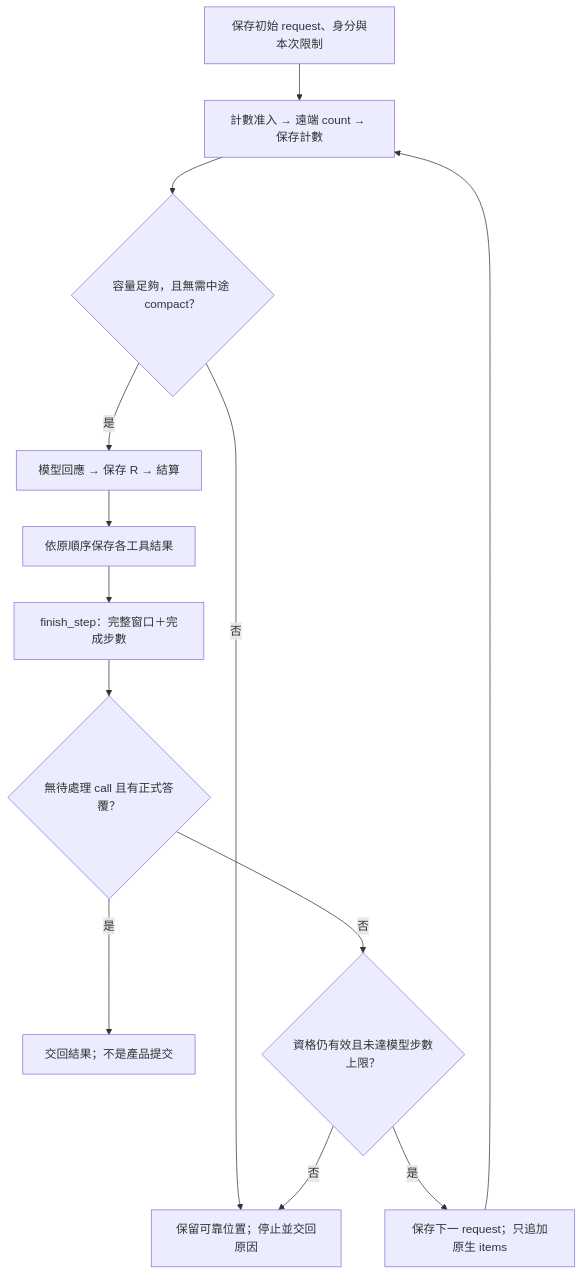
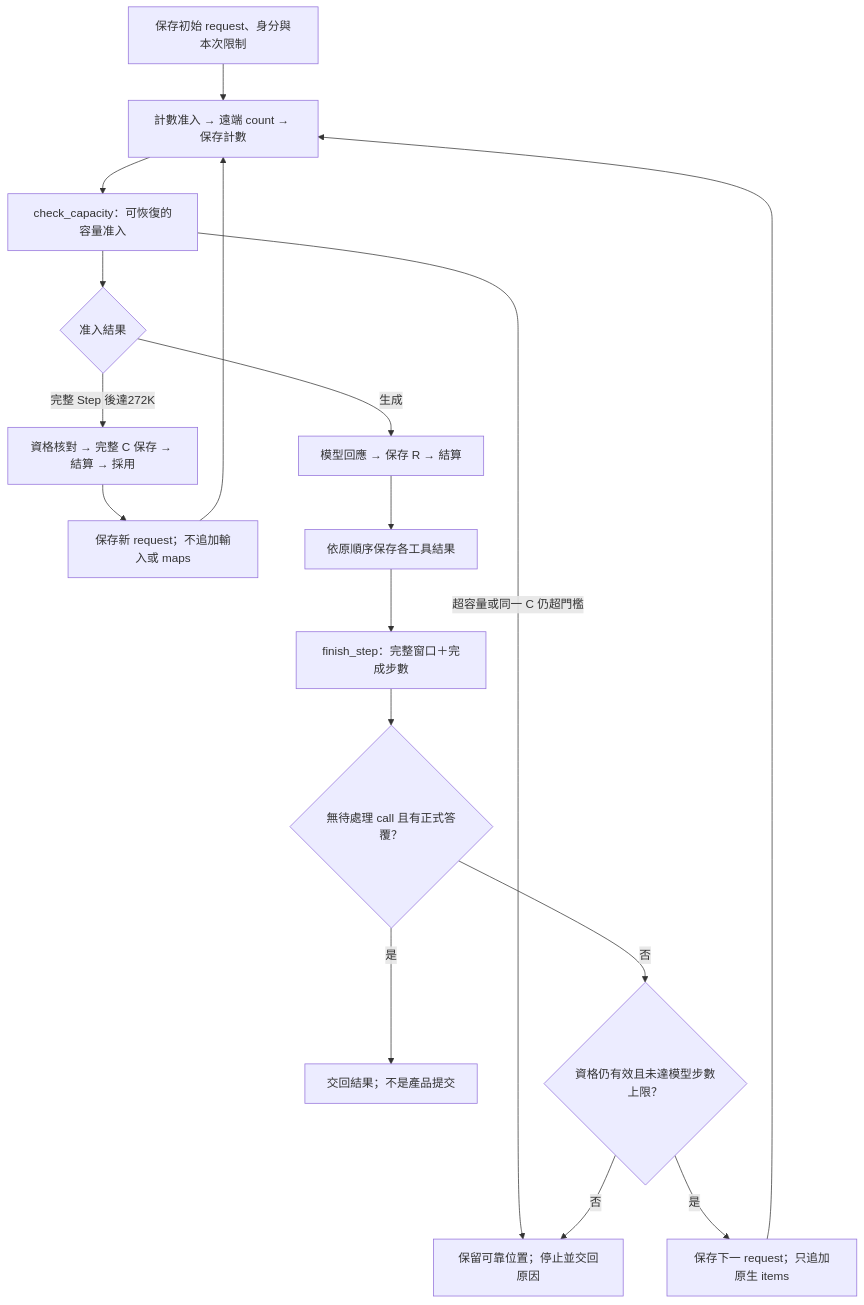
The second of 3 diagrams in docs/implementation/agent-execution.md (JD-Consultant/Caliburn), drawn with Mermaid before and after one commit. The commit also changed other lines of this file and 11 other files, not shown here.

````diff
--- a/docs/implementation/agent-execution.md
+++ b/docs/implementation/agent-execution.md
@@ -152,15 +152,19 @@
 ```mermaid
 flowchart TD
   I["保存初始 request、身分與本次限制"] --> C["計數准入 → 遠端 count → 保存計數"]
-  C --> G{"容量足夠，且無需中途 compact？"}
-  G -->|是| R["模型回應 → 保存 R → 結算"]
-  G -->|否| E["保留可靠位置；停止並交回原因"]
+  C --> G["check_capacity：可恢復的容量准入"]
+  G --> Q{"准入結果"}
+  Q -->|生成| R["模型回應 → 保存 R → 結算"]
+  Q -->|完整 Step 後達272K| CP["資格核對 → 完整 C 保存 → 結算 → 採用"]
+  CP --> NC["保存新 request；不追加輸入或 maps"]
+  NC --> C
+  G -->|超容量或同一 C 仍超門檻| E["保留可靠位置；停止並交回原因"]
   R --> T["依原順序保存各工具結果"]
   T --> S["finish_step：完整窗口＋完成步數"]
   S --> F{"無待處理 call 且有正式答覆？"}
   F -->|是| D["交回結果；不是產品提交"]
   F -->|否| N{"資格仍有效且未達模型步數上限？"}
   N -->|否| E
   N -->|是| P["保存下一 request；只追加原生 items"]
   P --> C
 ```
````
